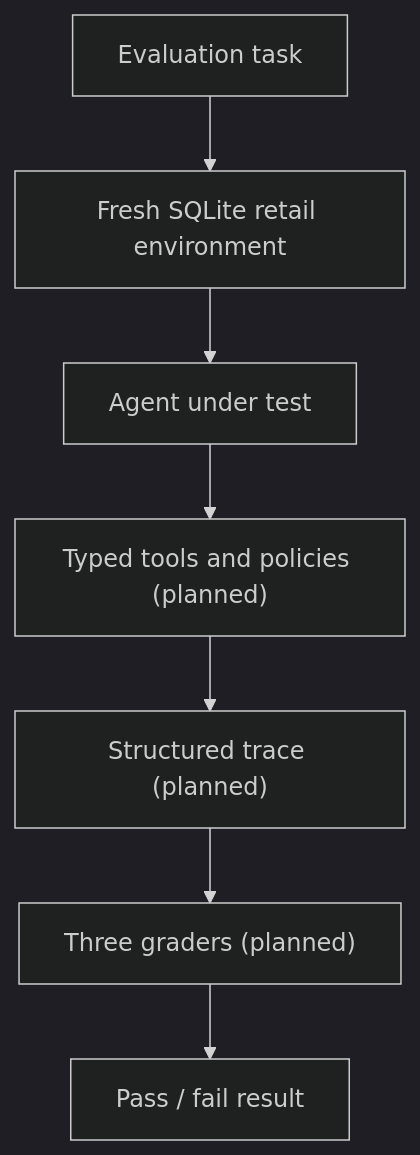
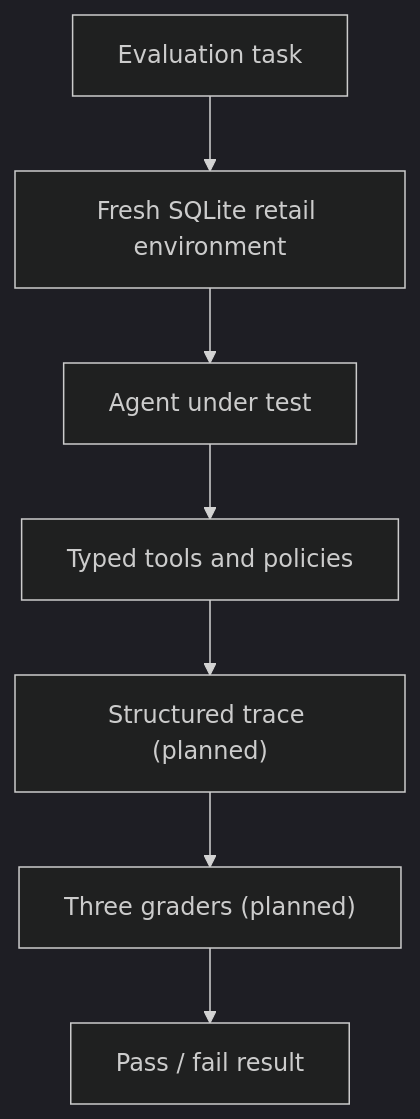
One commit to sybase91/agent-reliability-lab changed the diagram in README.md. Above: the diagram before and after it, drawn with Mermaid (dark theme). The commit also changed other lines of this file and 11 other files, not shown here.

First line of the commit message:
feat: add deterministic retail policies and tools (#4)

````diff
--- a/README.md
+++ b/README.md
@@ -41,9 +42,9 @@
 ```mermaid
 flowchart TD
     A[Evaluation task] --> B[Fresh SQLite retail environment]
     B --> C[Agent under test]
-    C --> D["Typed tools and policies (planned)"]
+    C --> D[Typed tools and policies]
     D --> E["Structured trace (planned)"]
     E --> F["Three graders (planned)"]
     F --> G[Pass / fail result]
 ```
````
